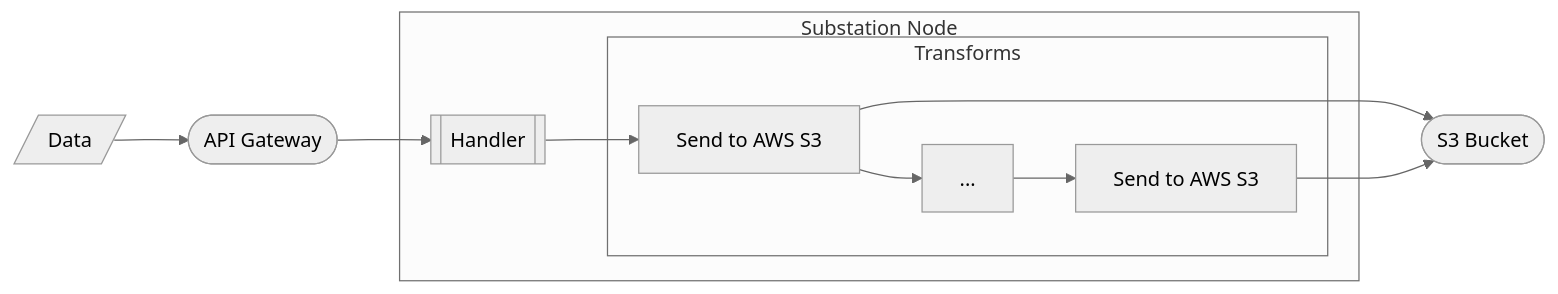
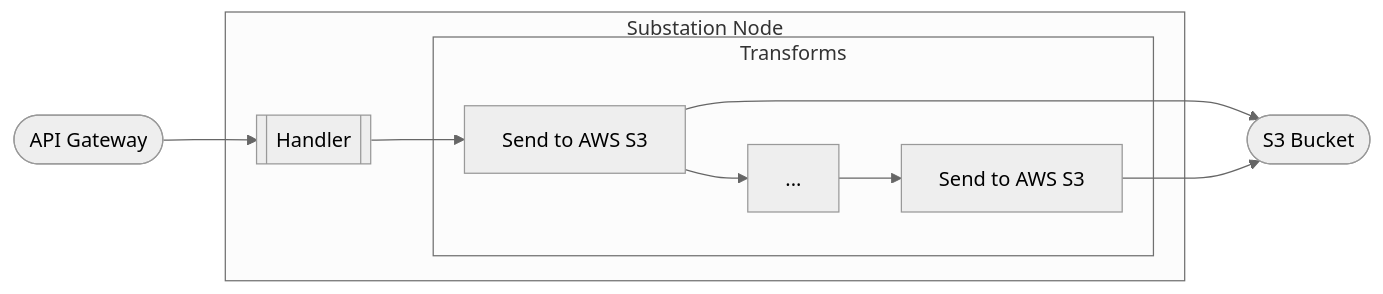
Before and after one commit to brexhq/substation: the fourth of 6 diagrams in examples/aws/README.md, drawn with Mermaid (neutral theme). The commit also changed other lines of this file, not shown here.

````diff
--- a/examples/aws/README.md
+++ b/examples/aws/README.md
@@ -94,27 +92,26 @@
 ```mermaid
 
 flowchart LR
-    data[/Data/]
     bucket([S3 Bucket])
     handler[[Handler]]
     gateway([API Gateway])
 
     sendS3x[Send to AWS S3]
     sendS3y[Send to AWS S3]
     mod[...]
 
     %% connections
-    data --> gateway --> handler
+    gateway --> handler
 
     subgraph Substation Node
     handler --> sendS3x
 
     subgraph Transforms
     sendS3x --> mod --> sendS3y
     end
 
     end
 
     sendS3x --> bucket
     sendS3y --> bucket
 ```
````
